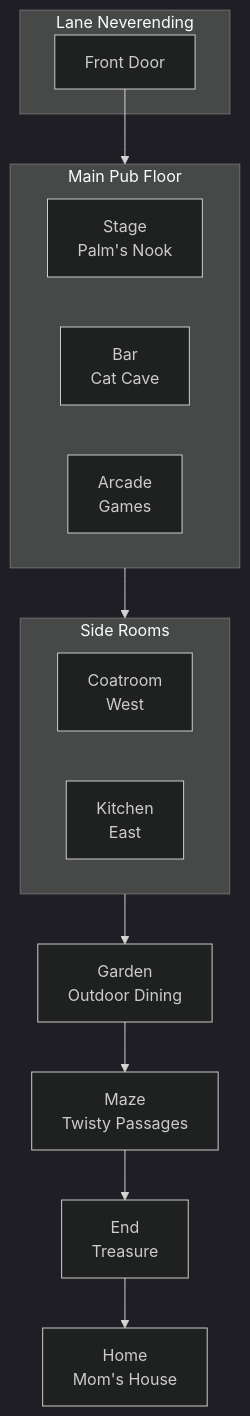
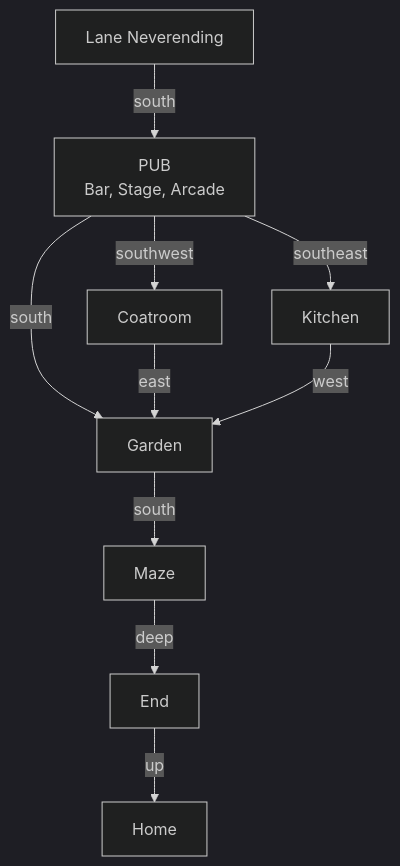
Before and after one commit to SimHacker/moollm: the second of 9 diagrams in examples/adventure-4/characters/real-people/don-hopkins/sessions/world-tour-leela.md, drawn with Mermaid (dark theme). The commit also changed other lines of this file, not shown here.

Commit message:
Fix pub spatial layout diagram with consistent reflexive exits
Diamond pattern with multiple paths:
- N/S: Pub ↔ Garden
- SW/NE: Pub ↔ Coatroom
- SE/NW: Pub ↔ Kitchen
- W/E: Garden ↔ Coatroom
- E/W: Garden ↔ Kitchen
- S: Garden → Maze

Three paths to garden documented.

````diff
--- a/examples/adventure-4/characters/real-people/don-hopkins/sessions/world-tour-leela.md
+++ b/examples/adventure-4/characters/real-people/don-hopkins/sessions/world-tour-leela.md
@@ -109,29 +109,21 @@
 ```mermaid
 flowchart TB
-    subgraph NORTH[Lane Neverending]
-        DOOR[Front Door]
-    end
+    LANE[Lane Neverending]
+    PUB[PUB<br/>Bar, Stage, Arcade]
+    COAT[Coatroom]
+    KITCHEN[Kitchen]
+    GARDEN[Garden]
+    MAZE[Maze]
+    ENDROOM[End]
+    HOME[Home]
     
-    subgraph MAIN[Main Pub Floor]
-        STAGE[Stage<br/>Palm's Nook]
-        BAR[Bar<br/>Cat Cave]
-        ARCADE[Arcade<br/>Games]
-    end
-    
-    subgraph SIDES[Side Rooms]
-        COAT[Coatroom<br/>West]
-        KITCHEN[Kitchen<br/>East]
-    end
-    
-    GARDEN[Garden<br/>Outdoor Dining]
-    MAZE[Maze<br/>Twisty Passages]
-    ENDROOM[End<br/>Treasure]
-    HOME[Home<br/>Mom's House]
-    
-    DOOR --> MAIN
-    MAIN --> SIDES
-    SIDES --> GARDEN
-    GARDEN --> MAZE
-    MAZE --> ENDROOM
-    ENDROOM --> HOME
+    LANE -->|south| PUB
+    PUB -->|south| GARDEN
+    PUB -->|southwest| COAT
+    PUB -->|southeast| KITCHEN
+    COAT -->|east| GARDEN
+    KITCHEN -->|west| GARDEN
+    GARDEN -->|south| MAZE
+    MAZE -->|deep| ENDROOM
+    ENDROOM -->|up| HOME
 ```
````
